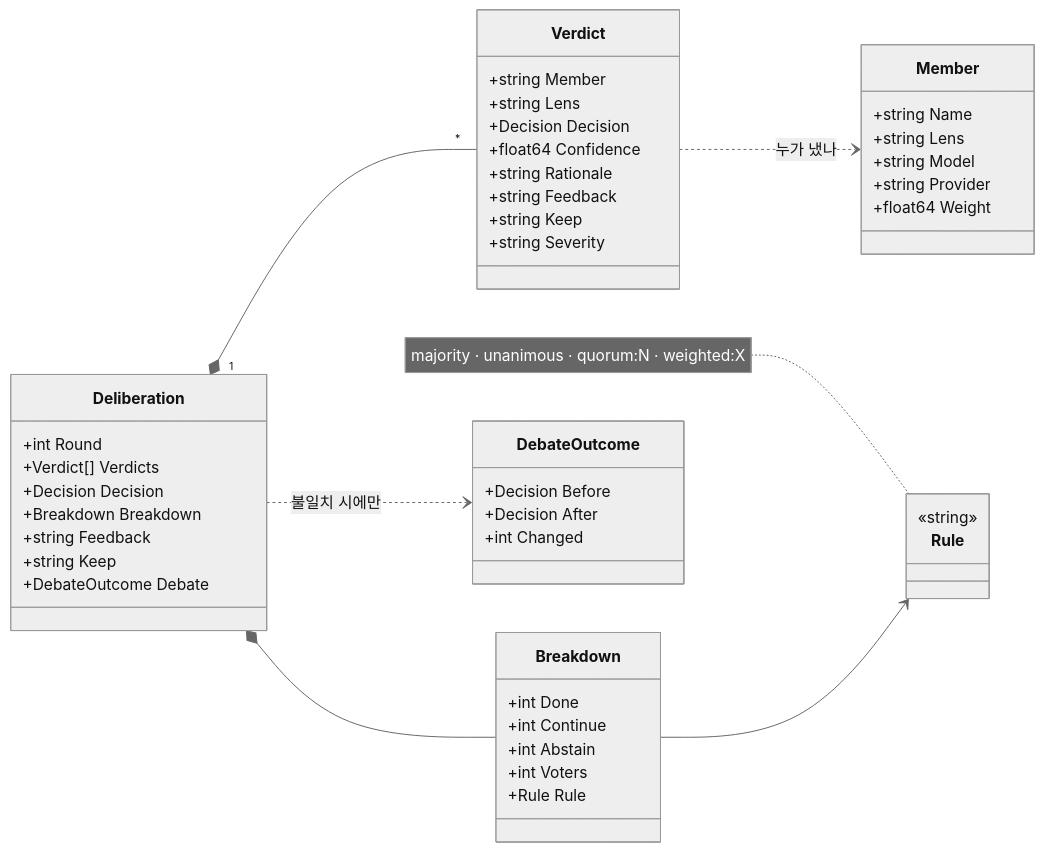
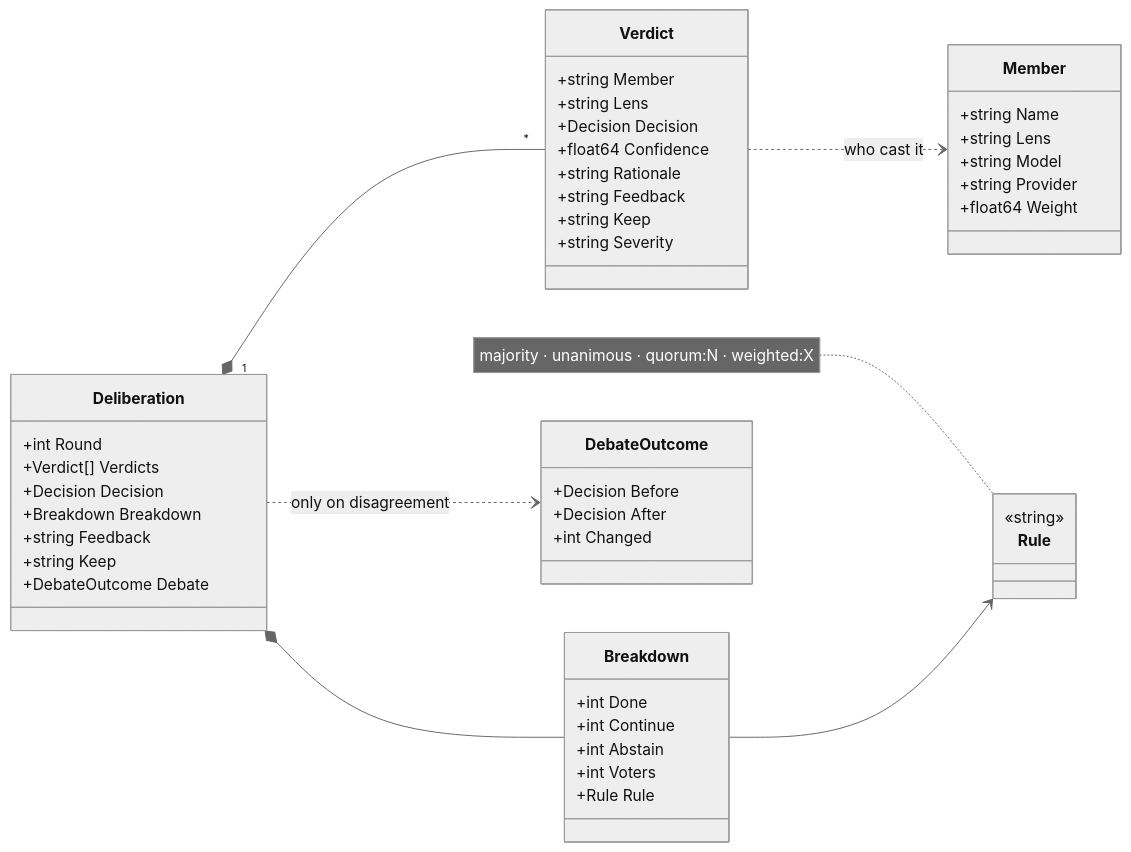
Before and after one commit to sayaya1090/magi: the sixth of 10 diagrams in docs/DIAGRAMS.md, drawn with Mermaid. The commit also changed other lines of this file and 5 other files, not shown here.

First line of the commit message:
docs: split DIAGRAMS into English and Korean

````diff
--- a/docs/DIAGRAMS.md
+++ b/docs/DIAGRAMS.md
@@ -293,52 +302,52 @@
 ```mermaid
 %%{init: {'theme':'neutral'}}%%
 classDiagram
   direction LR
   class Member {
     +string Name
     +string Lens
     +string Model
     +string Provider
     +float64 Weight
   }
   class Verdict {
     +string Member
     +string Lens
     +Decision Decision
     +float64 Confidence
     +string Rationale
     +string Feedback
     +string Keep
     +string Severity
   }
   class Breakdown {
     +int Done
     +int Continue
     +int Abstain
     +int Voters
     +Rule Rule
   }
   class Deliberation {
     +int Round
     +Verdict[] Verdicts
     +Decision Decision
     +Breakdown Breakdown
     +string Feedback
     +string Keep
     +DebateOutcome Debate
   }
   class Rule {
     <<string>>
   }
   note for Rule "majority · unanimous · quorum:N · weighted:X"
   class DebateOutcome {
     +Decision Before
     +Decision After
     +int Changed
   }
   Deliberation "1" *-- "*" Verdict
   Deliberation *-- Breakdown
   Breakdown --> Rule
-  Verdict ..> Member : 누가 냈나
-  Deliberation ..> DebateOutcome : 불일치 시에만
+  Verdict ..> Member : who cast it
+  Deliberation ..> DebateOutcome : only on disagreement
 ```
````
